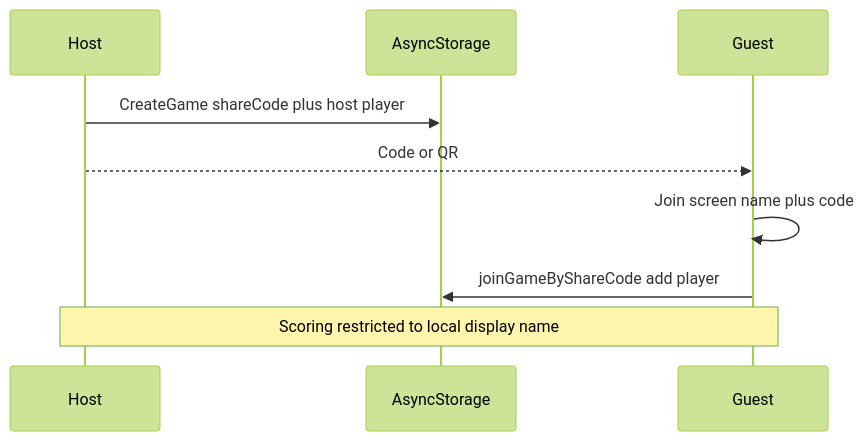
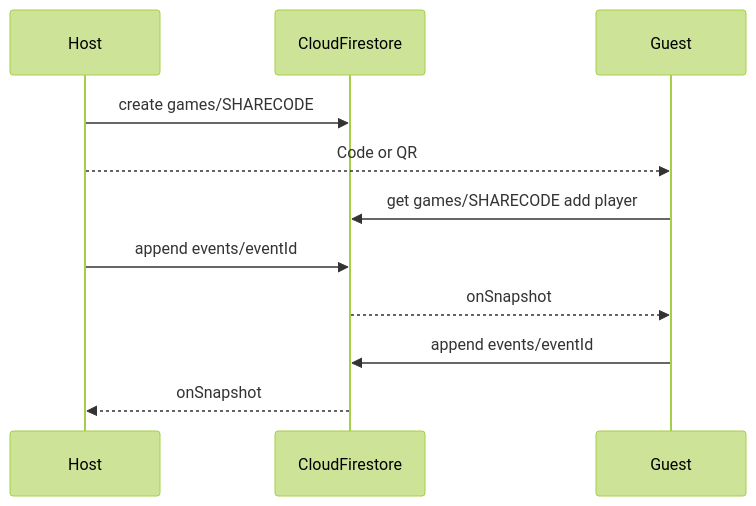
The diagram in docs/ARCHITECTURE.md (Dadstart/ScoreForge), drawn with Mermaid (forest theme) before and after one commit. The commit also changed other lines of this file and 13 other files, not shown here.

First line of the commit message:
Implement cloud sync with Firestore and update game management

````diff
--- a/docs/ARCHITECTURE.md
+++ b/docs/ARCHITECTURE.md
@@ -58,11 +41,13 @@
 ```mermaid
 sequenceDiagram
   participant Host
-  participant Store as AsyncStorage
+  participant FS as CloudFirestore
   participant Guest
-  Host->>Store: CreateGame shareCode plus host player
+  Host->>FS: create games/SHARECODE
   Host-->>Guest: Code or QR
-  Guest->>Guest: Join screen name plus code
-  Guest->>Store: joinGameByShareCode add player
-  Note over Host,Guest: Scoring restricted to local display name
+  Guest->>FS: get games/SHARECODE add player
+  Host->>FS: append events/eventId
+  FS-->>Guest: onSnapshot
+  Guest->>FS: append events/eventId
+  FS-->>Host: onSnapshot
 ```
````
